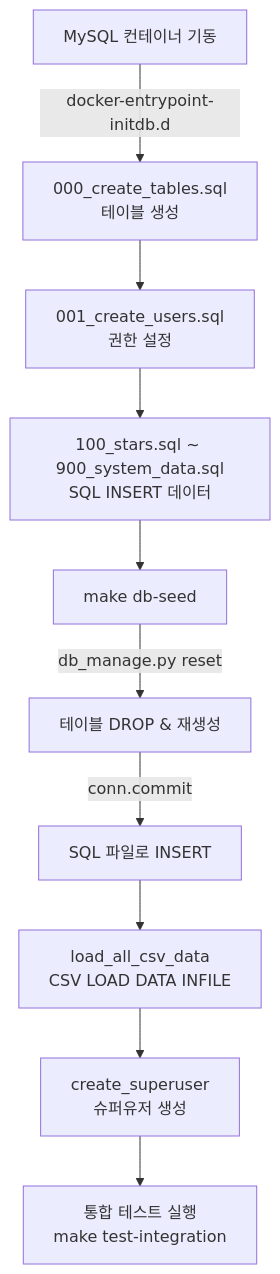
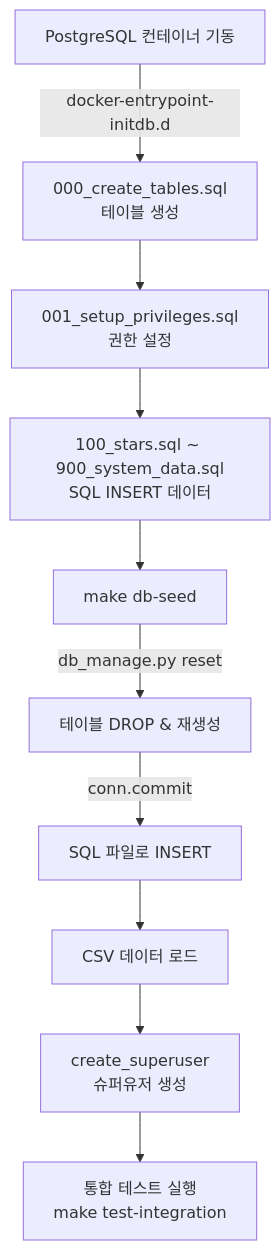
Before and after one commit to cnjw2021/LumiNine: the diagram in docs/ci-test-architecture.md, drawn with Mermaid. The commit also changed other lines of this file and 13 other files, not shown here.

````diff
--- a/docs/ci-test-architecture.md
+++ b/docs/ci-test-architecture.md
@@ -158,12 +157,12 @@
 ```mermaid
 graph TD
-    A[MySQL 컨테이너 기동] -->|docker-entrypoint-initdb.d| B[000_create_tables.sql<br/>테이블 생성]
-    B --> C[001_create_users.sql<br/>권한 설정]
+    A[PostgreSQL 컨테이너 기동] -->|docker-entrypoint-initdb.d| B[000_create_tables.sql<br/>테이블 생성]
+    B --> C[001_setup_privileges.sql<br/>권한 설정]
     C --> D[100_stars.sql ~ 900_system_data.sql<br/>SQL INSERT 데이터]
     D --> E[make db-seed]
     E -->|db_manage.py reset| F[테이블 DROP & 재생성]
     F -->|conn.commit| G[SQL 파일로 INSERT]
-    G --> H[load_all_csv_data<br/>CSV LOAD DATA INFILE]
+    G --> H[CSV 데이터 로드]
     H --> I[create_superuser<br/>슈퍼유저 생성]
     I --> J[통합 테스트 실행<br/>make test-integration]
 ```
````
